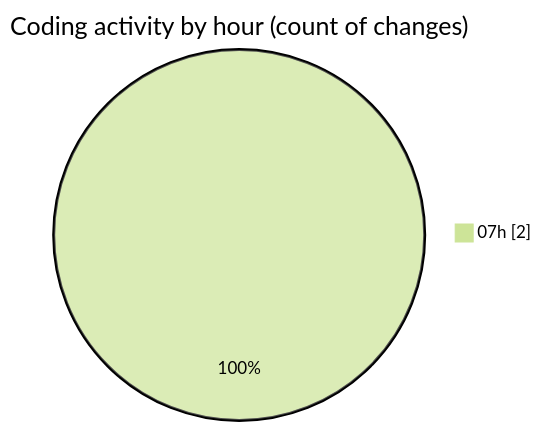
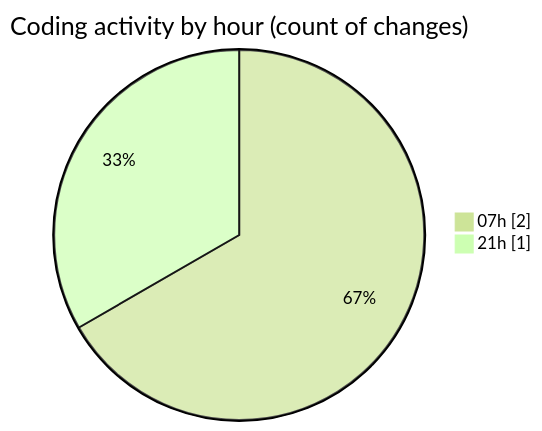
One commit to yexinjia/code-tracking changed the second of 2 diagrams in 2026-09-10/repo-copilot/README.md. Above: the diagram before and after it, drawn with Mermaid (forest theme). The commit also changed other lines of this file and 1 other file, not shown here.

````diff
--- a/2026-09-10/repo-copilot/README.md
+++ b/2026-09-10/repo-copilot/README.md
@@ -29,5 +29,6 @@
 ```mermaid
 pie showData
 title Coding activity by hour (count of changes)
 "07h" : 2
+"21h" : 1
 ```
````
